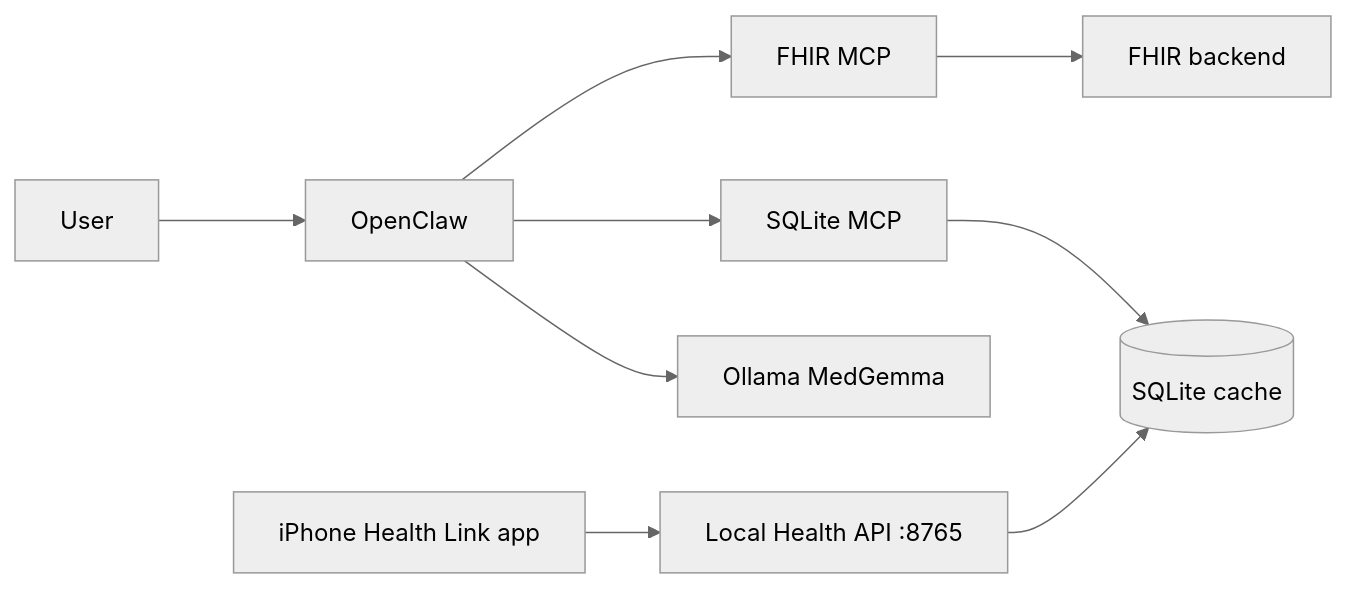
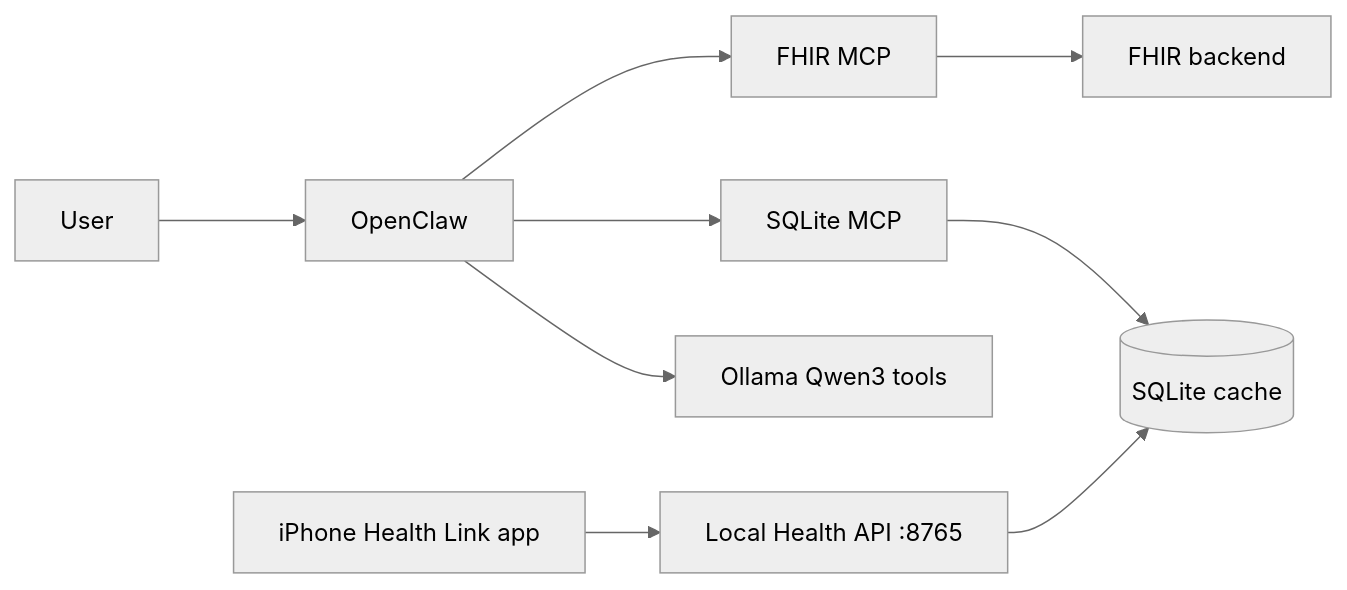
Before and after one commit to CGU-AI4Humanity/openclaw_health_wallet: the diagram in Openclaw_Health_Assistant/README.md, drawn with Mermaid (neutral theme). The commit also changed other lines of this file and 19 other files, not shown here.

First line of the commit message:
Add MCP cleanup, Qwen tools setup, and wizard/Health Link improvements.

````diff
--- a/Openclaw_Health_Assistant/README.md
+++ b/Openclaw_Health_Assistant/README.md
@@ -35,11 +35,11 @@
 ```mermaid
 flowchart LR
   U[User] --> OC[OpenClaw]
-  OC --> MG[Ollama MedGemma]
+  OC --> QW[Ollama Qwen3 tools]
   OC --> SMCP[SQLite MCP]
   OC --> FMCP[FHIR MCP]
   SMCP --> DB[(SQLite cache)]
   PH[iPhone Health Link app] --> API[Local Health API :8765]
   API --> DB
   FMCP --> EHR[FHIR backend]
 ```
````
